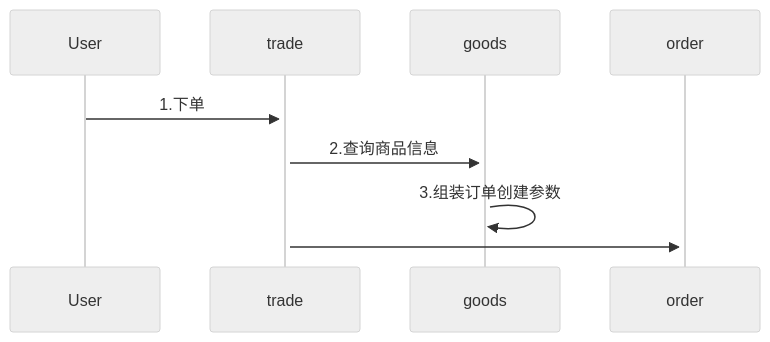
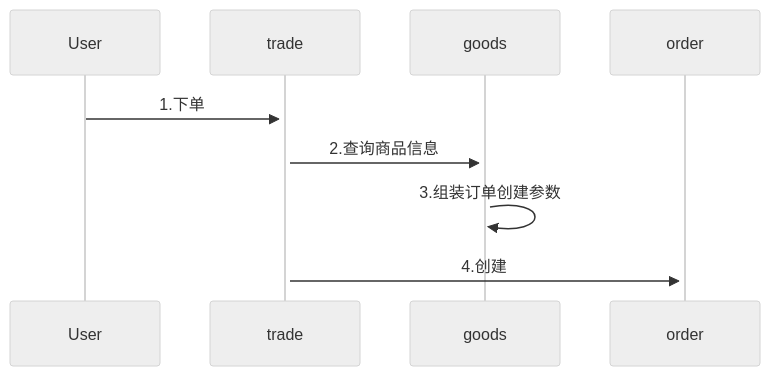
The diagram in all/未命名-6.md (yingjianzh/iodraw-files), drawn with Mermaid (neutral theme) before and after one commit.

Commit message:
2024-08-19 15:02:02 update

````diff
--- a/all/未命名-6.md
+++ b/all/未命名-6.md
@@ -1,7 +1,7 @@
 ```mermaid
 sequenceDiagram
     User->>+trade: 1.下单
     trade->>+goods: 2.查询商品信息
     goods->>goods: 3.组装订单创建参数
-    trade->>+order: 
+    trade->>+order: 4.创建
 ```
````
